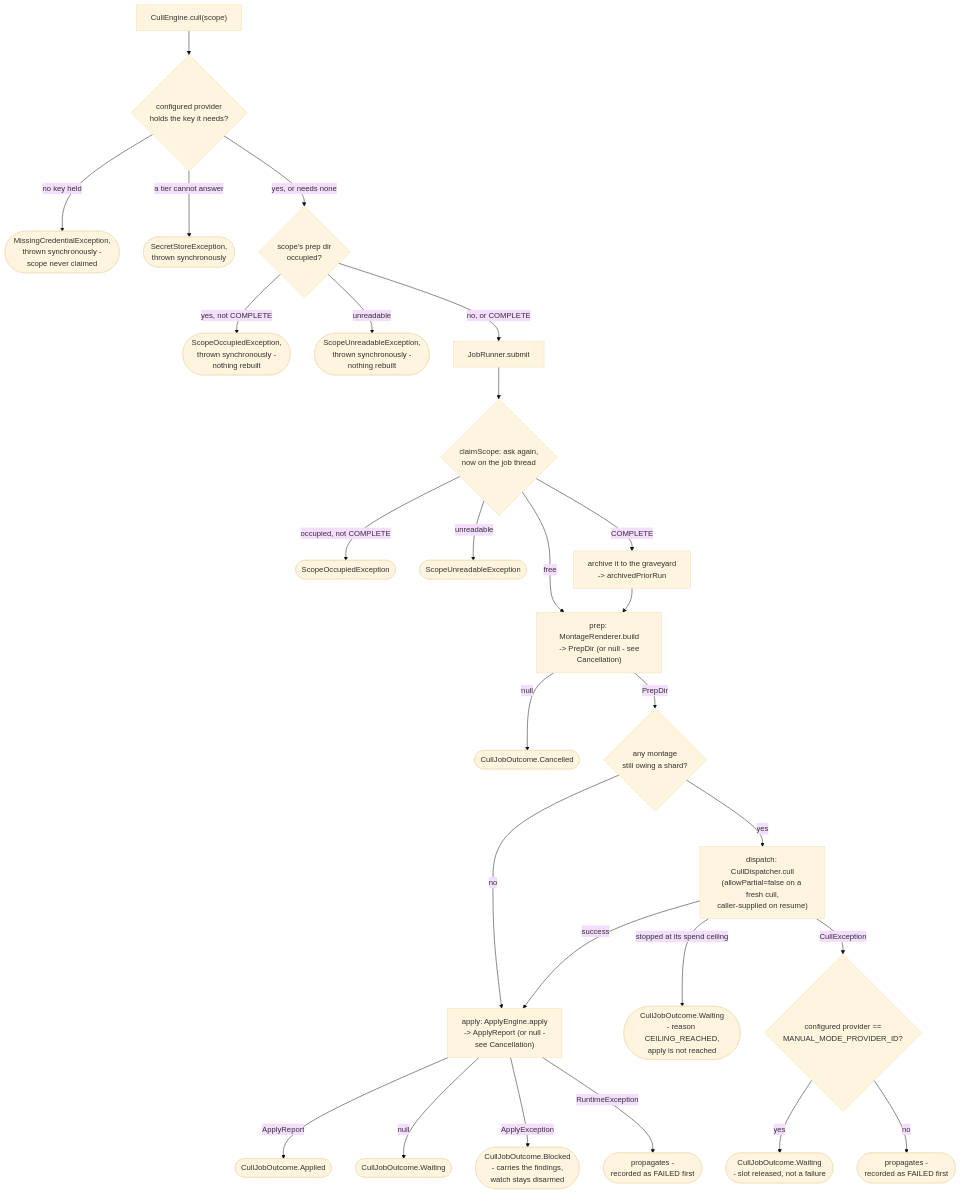
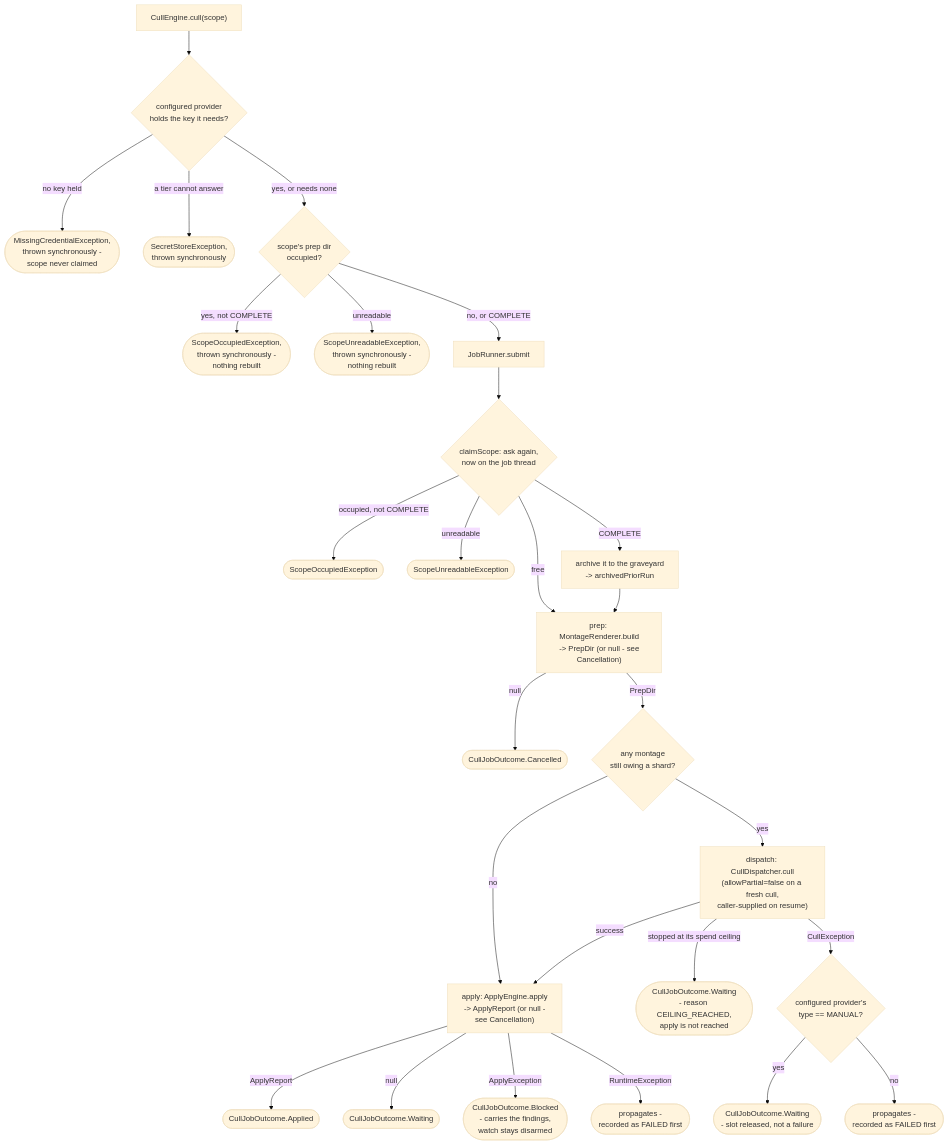
Before and after one commit to AdrianNachev91/sluice: the first of 3 diagrams in app/docs/design/application/service/cull-engine.md, drawn with Mermaid (base theme). The commit also changed other lines of this file and 162 other files, not shown here.

````diff
--- a/app/docs/design/application/service/cull-engine.md
+++ b/app/docs/design/application/service/cull-engine.md
@@ -101,30 +102,30 @@
 ```mermaid
 flowchart TD
     A["CullEngine.cull(scope)"] --> K{"configured provider<br/>holds the key it needs?"}
     K -- "no key held" --> KZ(["MissingCredentialException,<br/>thrown synchronously -<br/>scope never claimed"])
     K -- "a tier cannot answer" --> KS(["SecretStoreException,<br/>thrown synchronously"])
     K -- "yes, or needs none" --> W{"scope's prep dir<br/>occupied?"}
     W -- "yes, not COMPLETE" --> WZ(["ScopeOccupiedException,<br/>thrown synchronously -<br/>nothing rebuilt"])
     W -- "unreadable" --> WU(["ScopeUnreadableException,<br/>thrown synchronously -<br/>nothing rebuilt"])
     W -- "no, or COMPLETE" --> B["JobRunner.submit"]
     B --> CS{"claimScope: ask again,<br/>now on the job thread"}
     CS -- "occupied, not COMPLETE" --> WZ2(["ScopeOccupiedException"])
     CS -- "unreadable" --> WU2(["ScopeUnreadableException"])
     CS -- "COMPLETE" --> WA["archive it to the graveyard<br/>-> archivedPriorRun"]
     CS -- "free" --> P
     WA --> P
     P["prep: MontageRenderer.build<br/>-> PrepDir (or null - see<br/>Cancellation)"]
     P -- "null" --> PZ(["CullJobOutcome.Cancelled"])
     P -- "PrepDir" --> S{"any montage<br/>still owing a shard?"}
     S -- "no" --> AP["apply: ApplyEngine.apply<br/>-> ApplyReport (or null -<br/>see Cancellation)"]
     S -- "yes" --> D["dispatch: CullDispatcher.cull<br/>(allowPartial=false on a fresh cull,<br/>caller-supplied on resume)"]
     D -- "stopped at its spend ceiling" --> CE(["CullJobOutcome.Waiting<br/>- reason CEILING_REACHED,<br/>apply is not reached"])
     D -- "success" --> AP
     AP -- "ApplyReport" --> APP(["CullJobOutcome.Applied"])
     AP -- "null" --> APZ(["CullJobOutcome.Waiting"])
     AP -- "ApplyException" --> APB(["CullJobOutcome.Blocked<br/>- carries the findings,<br/>watch stays disarmed"])
     AP -- "RuntimeException" --> APR(["propagates -<br/>recorded as FAILED first"])
-    D -- "CullException" --> M{"configured provider ==<br/>MANUAL_MODE_PROVIDER_ID?"}
+    D -- "CullException" --> M{"configured provider's<br/>type == MANUAL?"}
     M -- "yes" --> WT(["CullJobOutcome.Waiting<br/>- slot released, not a failure"])
     M -- "no" --> RT(["propagates -<br/>recorded as FAILED first"])
 ```
````
